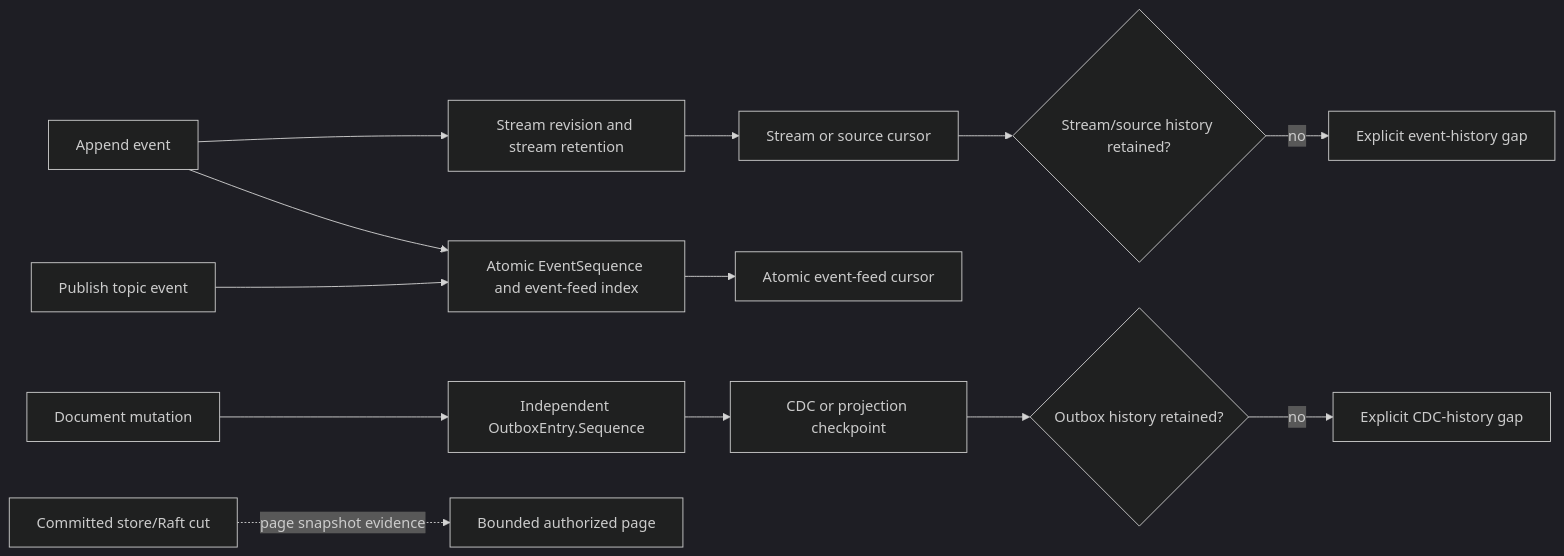
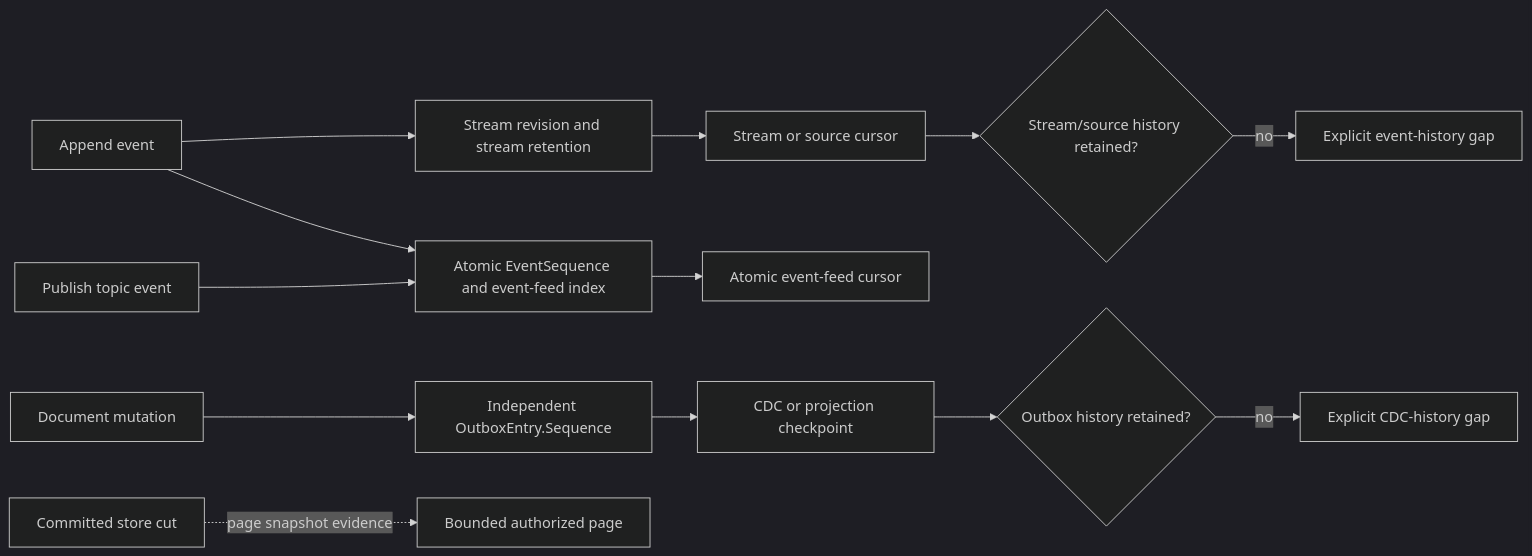
Before and after one commit to managedcode/KeyLoad: the first of 2 diagrams in docs/ADR/ADR-025-event-revision-feed-positions.md, drawn with Mermaid (dark theme). The commit also changed other lines of this file and 7356 other files, not shown here.

````diff
--- a/docs/ADR/ADR-025-event-revision-feed-positions.md
+++ b/docs/ADR/ADR-025-event-revision-feed-positions.md
@@ -11,15 +11,15 @@
 ```mermaid
 flowchart LR
     Append[Append event] --> Revision[Stream revision and stream retention]
     Append --> EventSeq[Atomic EventSequence and event-feed index]
     Publish[Publish topic event] --> EventSeq
     Mutation[Document mutation] --> Outbox[Independent OutboxEntry.Sequence]
     Revision --> StreamCursor[Stream or source cursor]
     EventSeq --> EventCursor[Atomic event-feed cursor]
     Outbox --> CdcCursor[CDC or projection checkpoint]
-    StoreCut[Committed store/Raft cut] -. page snapshot evidence .-> Page[Bounded authorized page]
+    StoreCut[Committed store cut] -. page snapshot evidence .-> Page[Bounded authorized page]
     StreamCursor --> StreamRetention{Stream/source history retained?}
     StreamRetention -->|no| StreamGap[Explicit event-history gap]
     CdcCursor --> OutboxRetention{Outbox history retained?}
     OutboxRetention -->|no| CdcGap[Explicit CDC-history gap]
 ```
````
